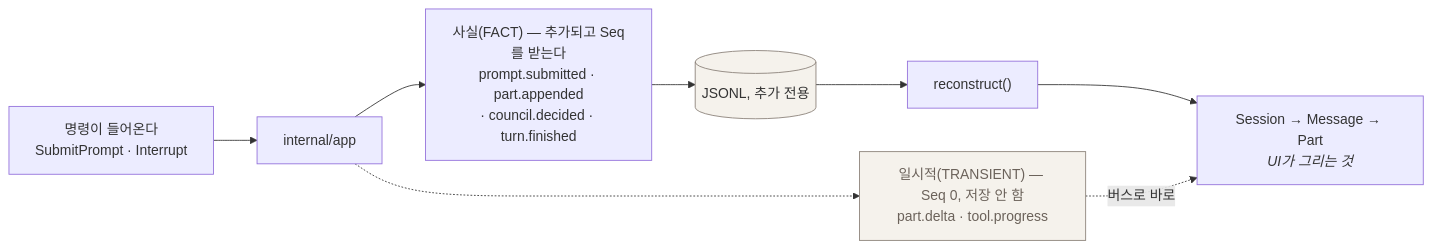
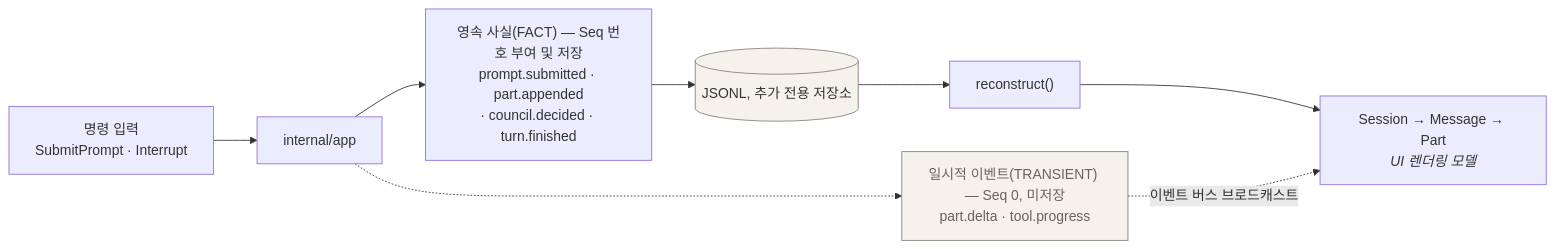
The third of 6 diagrams in docs/ARCHITECTURE.ko.md (sayaya1090/magi), drawn with Mermaid before and after one commit. The commit also changed other lines of this file, not shown here.

Commit message:
docs(architecture): 아키텍처 문서 내 서술을 표준 엔지니어링 문체로 전면 교정

````diff
--- a/docs/ARCHITECTURE.ko.md
+++ b/docs/ARCHITECTURE.ko.md
@@ -335,12 +274,12 @@
 ```mermaid
 flowchart LR
-    C["명령이 들어온다<br/>SubmitPrompt · Interrupt"] --> APP[internal/app]
-    APP --> F["사실(FACT) — 추가되고 Seq를 받는다<br/>prompt.submitted · part.appended<br/>· council.decided · turn.finished"]
-    APP -.-> T["일시적(TRANSIENT) — Seq 0, 저장 안 함<br/>part.delta · tool.progress"]
-    F --> LOG[("JSONL, 추가 전용")]
-    LOG --> RC["reconstruct()"] --> MSG["Session → Message → Part<br/><i>UI가 그리는 것</i>"]
-    T -.->|버스로 바로| MSG
+    C["명령 입력<br/>SubmitPrompt · Interrupt"] --> APP[internal/app]
+    APP --> F["영속 사실(FACT) — Seq 번호 부여 및 저장<br/>prompt.submitted · part.appended<br/>· council.decided · turn.finished"]
+    APP -.-> T["일시적 이벤트(TRANSIENT) — Seq 0, 미저장<br/>part.delta · tool.progress"]
+    F --> LOG[("JSONL, 추가 전용 저장소")]
+    LOG --> RC["reconstruct()"] --> MSG["Session → Message → Part<br/><i>UI 렌더링 모델</i>"]
+    T -.->|이벤트 버스 브로드캐스트| MSG
 
     style LOG fill:#f5f2ec,stroke:#8a8178
     style T fill:#f5f2ec,stroke:#8a8178,color:#6b625a
 ```
````
